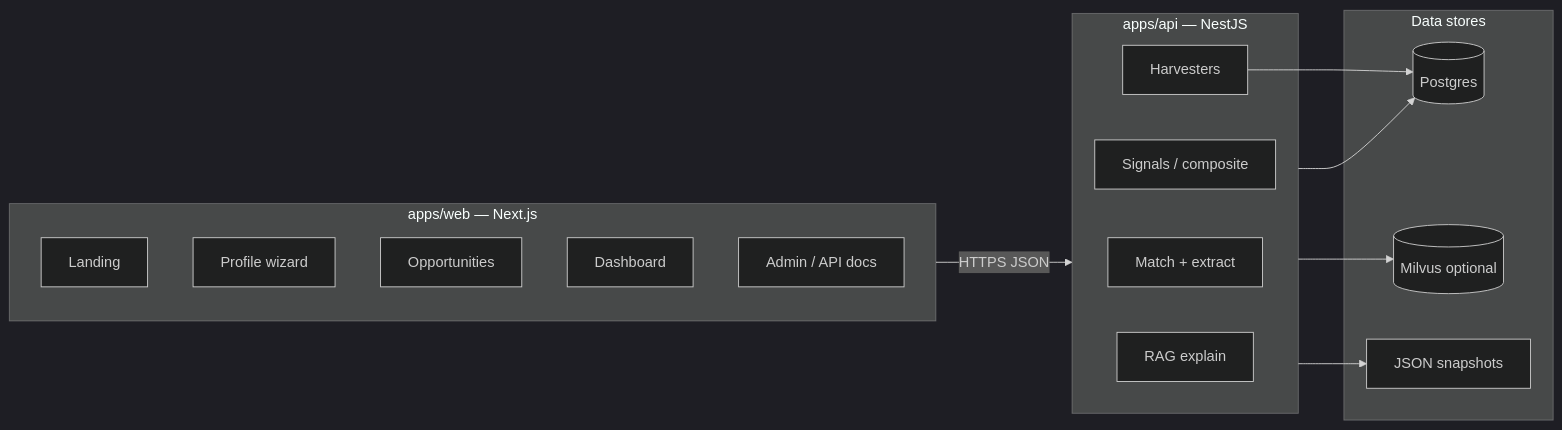
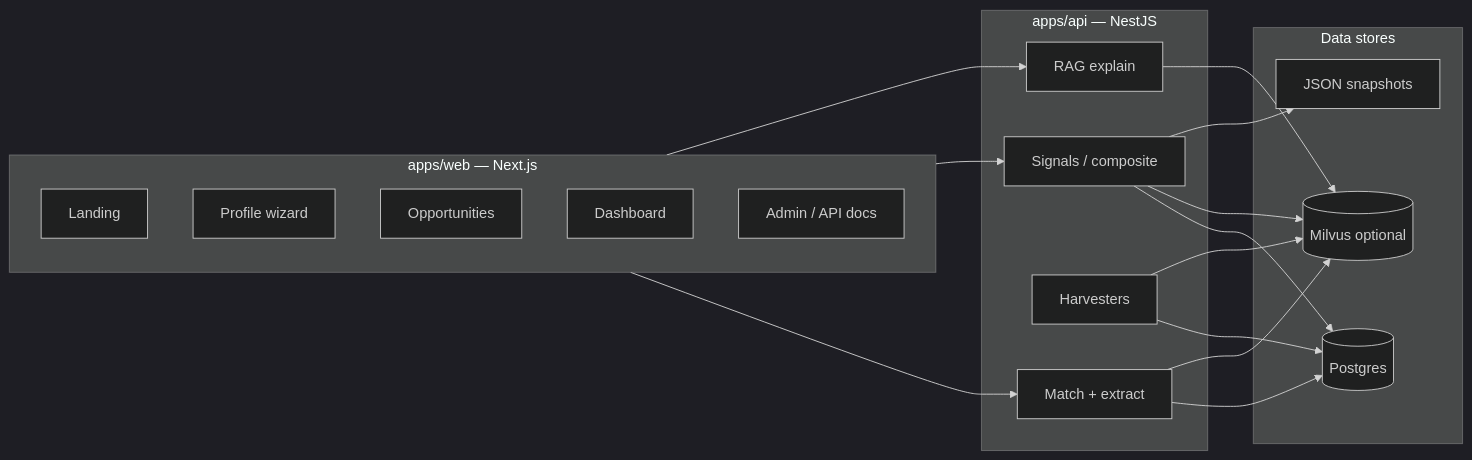
The fourth of 7 diagrams in README.md (afnanahmadtariq/unmapped), drawn with Mermaid (dark theme) before and after one commit. The commit also changed other lines of this file and 1 other file, not shown here.

First line of the commit message:
Add architecture diagrams and admin env docs

````diff
--- a/README.md
+++ b/README.md
@@ -95,26 +206,32 @@
 ```mermaid
 flowchart LR
   subgraph Web["apps/web — Next.js"]
     L[Landing]
     P[Profile wizard]
     O[Opportunities]
     D[Dashboard]
     A[Admin / API docs]
   end
-  subgraph API["apps/api — NestJS"]
+  subgraph Nest["apps/api — NestJS"]
     M[Match + extract]
     S[Signals / composite]
     H[Harvesters]
     R[RAG explain]
   end
   subgraph Data["Data stores"]
     PG[(Postgres)]
     MV[(Milvus optional)]
     FS[JSON snapshots]
   end
-  Web -->|HTTPS JSON| API
-  API --> PG
-  API --> MV
-  API --> FS
+  Web --> M
+  Web --> S
+  Web --> R
+  M --> PG
+  M --> MV
+  S --> PG
+  S --> MV
+  S --> FS
+  R --> MV
   H --> PG
+  H --> MV
 ```
````
